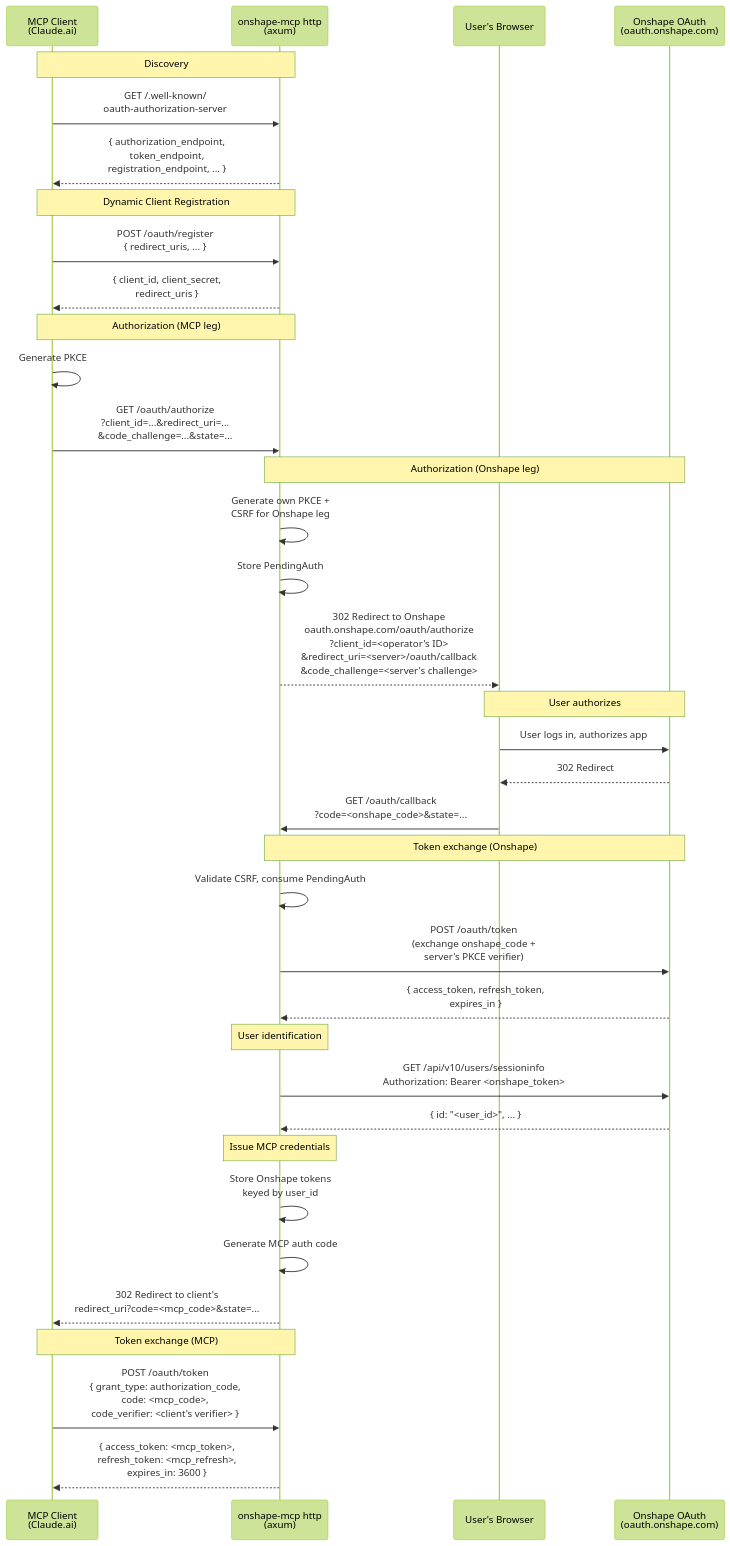
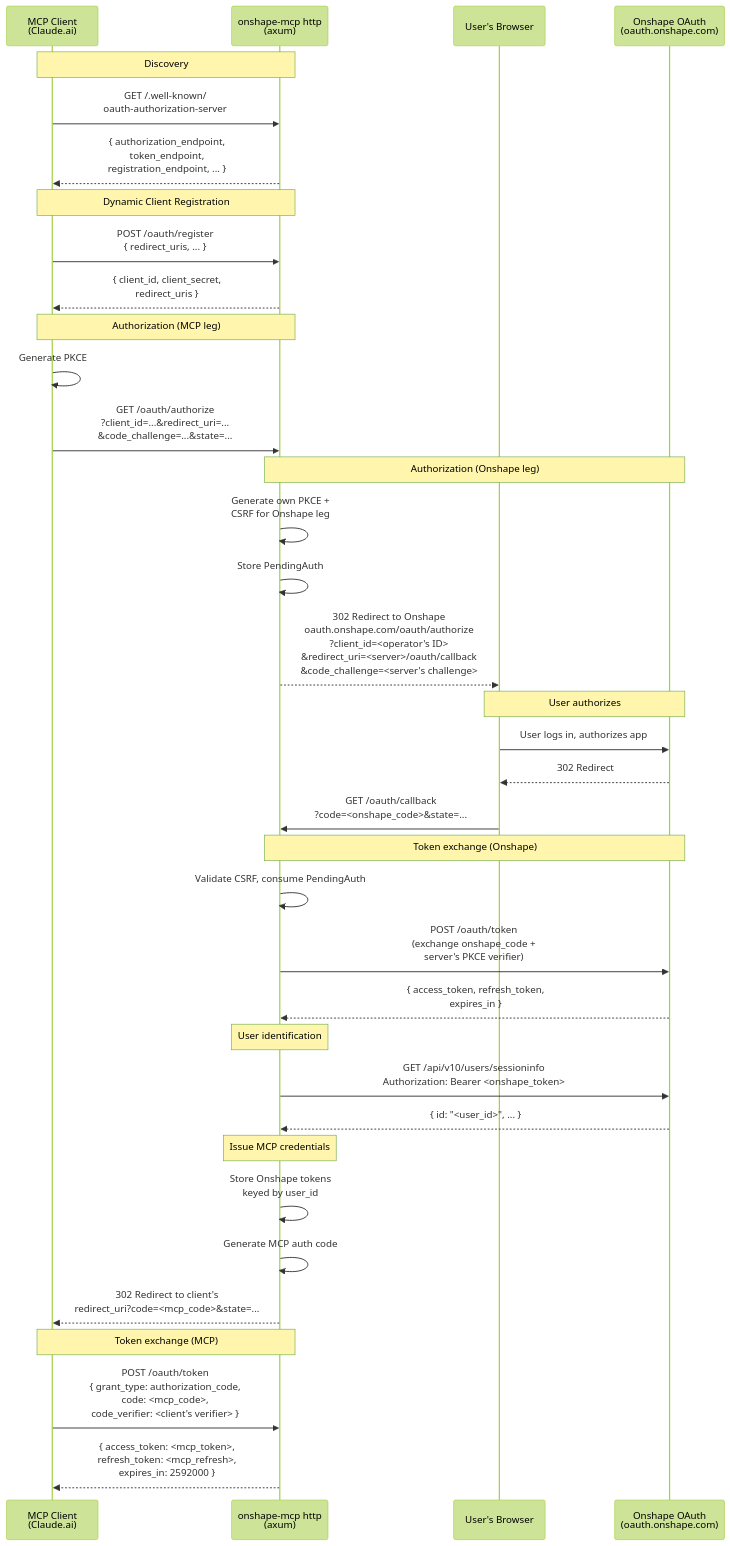
Before and after one commit to viktorvnn/onshape-mcp: the seventh of 9 diagrams in docs/src/project/data-flow.md, drawn with Mermaid (forest theme). The commit also changed 1 other file, not shown here.

Commit message:
Extend MCP access tokens to 30 days

````diff
--- a/docs/src/project/data-flow.md
+++ b/docs/src/project/data-flow.md
@@ -279,47 +279,47 @@
 ```mermaid
 sequenceDiagram
     participant Client as MCP Client<br>(Claude.ai)
     participant Server as onshape-mcp http<br>(axum)
     participant Browser as User's Browser
     participant Onshape as Onshape OAuth<br>(oauth.onshape.com)
 
     Note over Client,Server: Discovery
     Client->>Server: GET /.well-known/<br>oauth-authorization-server
     Server-->>Client: { authorization_endpoint,<br>  token_endpoint,<br>  registration_endpoint, ... }
 
     Note over Client,Server: Dynamic Client Registration
     Client->>Server: POST /oauth/register<br>{ redirect_uris, ... }
     Server-->>Client: { client_id, client_secret,<br>  redirect_uris }
 
     Note over Client,Server: Authorization (MCP leg)
     Client->>Client: Generate PKCE
     Client->>Server: GET /oauth/authorize<br>?client_id=...&redirect_uri=...<br>&code_challenge=...&state=...
 
     Note over Server,Onshape: Authorization (Onshape leg)
     Server->>Server: Generate own PKCE +<br>CSRF for Onshape leg
     Server->>Server: Store PendingAuth
     Server-->>Browser: 302 Redirect to Onshape<br>oauth.onshape.com/oauth/authorize<br>?client_id=<operator's ID><br>&redirect_uri=<server>/oauth/callback<br>&code_challenge=<server's challenge>
 
     Note over Browser,Onshape: User authorizes
     Browser->>Onshape: User logs in, authorizes app
     Onshape-->>Browser: 302 Redirect
     Browser->>Server: GET /oauth/callback<br>?code=<onshape_code>&state=...
 
     Note over Server,Onshape: Token exchange (Onshape)
     Server->>Server: Validate CSRF, consume PendingAuth
     Server->>Onshape: POST /oauth/token<br>(exchange onshape_code +<br>server's PKCE verifier)
     Onshape-->>Server: { access_token, refresh_token,<br>  expires_in }
 
     Note over Server: User identification
     Server->>Onshape: GET /api/v10/users/sessioninfo<br>Authorization: Bearer <onshape_token>
     Onshape-->>Server: { id: "<user_id>", ... }
 
     Note over Server: Issue MCP credentials
     Server->>Server: Store Onshape tokens<br>keyed by user_id
     Server->>Server: Generate MCP auth code
     Server-->>Client: 302 Redirect to client's<br>redirect_uri?code=<mcp_code>&state=...
 
     Note over Client,Server: Token exchange (MCP)
     Client->>Server: POST /oauth/token<br>{ grant_type: authorization_code,<br>  code: <mcp_code>,<br>  code_verifier: <client's verifier> }
-    Server-->>Client: { access_token: <mcp_token>,<br>  refresh_token: <mcp_refresh>,<br>  expires_in: 3600 }
+    Server-->>Client: { access_token: <mcp_token>,<br>  refresh_token: <mcp_refresh>,<br>  expires_in: 2592000 }
 ```
````
